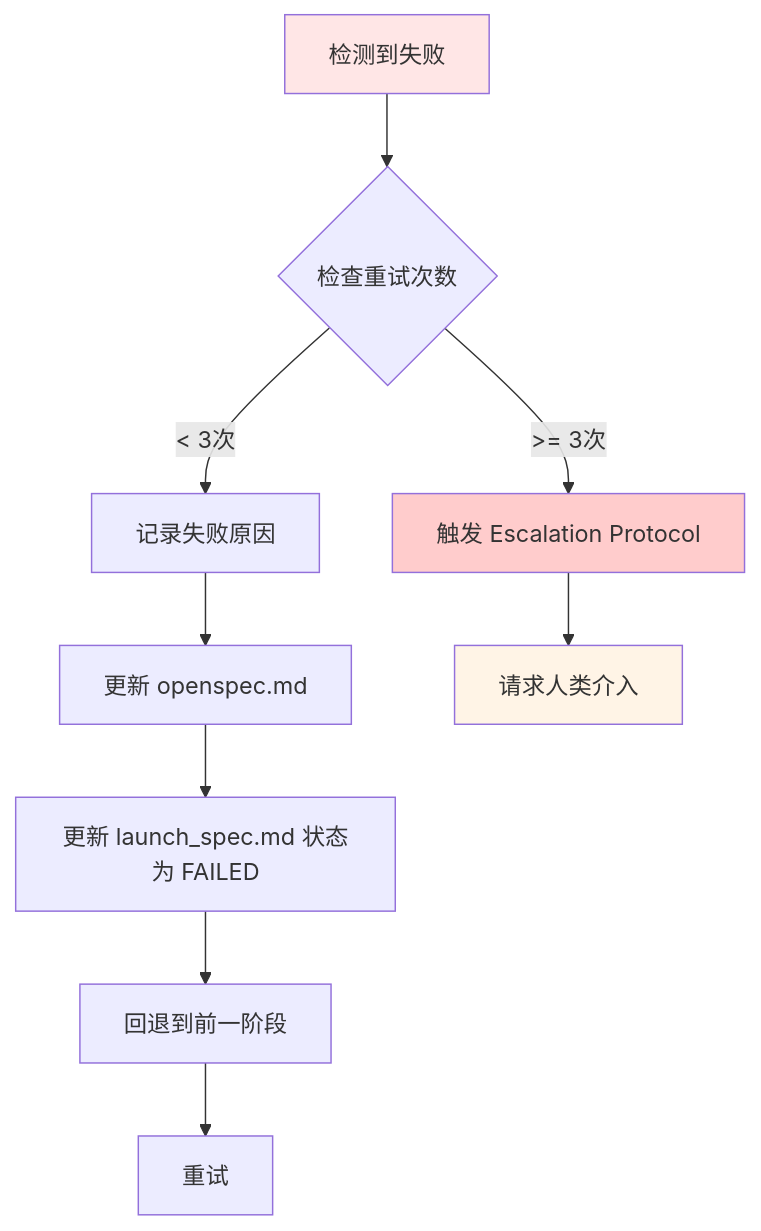
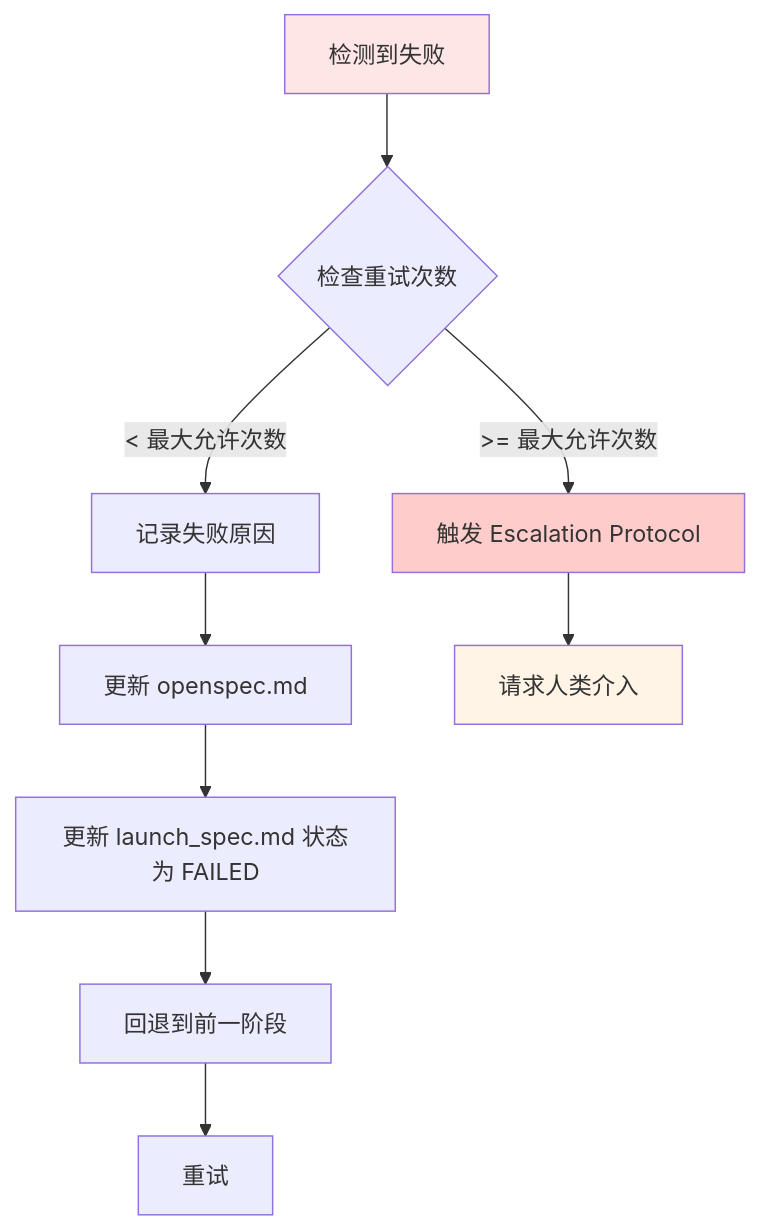
One commit to listener-He/java-harness-agent changed diagram 23 of 25 in ENGINEERING_MANUAL_zh.md. Above: the diagram before and after it, drawn with Mermaid. The commit also changed other lines of this file and 12 other files, not shown here.

````diff
--- a/ENGINEERING_MANUAL_zh.md
+++ b/ENGINEERING_MANUAL_zh.md
@@ -2630,17 +2645,17 @@
 ```mermaid
 flowchart TB
     Fail[检测到失败] --> CheckRetryCount{检查重试次数}
-    CheckRetryCount -->|< 3次| RecordFailure[记录失败原因]
-    CheckRetryCount -->|>= 3次| Escalate[触发 Escalation Protocol]
+    CheckRetryCount -->|< 最大允许次数| RecordFailure[记录失败原因]
+    CheckRetryCount -->|>= 最大允许次数| Escalate[触发 Escalation Protocol]
     
     RecordFailure --> UpdateSpec[更新 openspec.md]
     UpdateSpec --> UpdateLaunchSpec[更新 launch_spec.md 状态为 FAILED]
     UpdateLaunchSpec --> Rollback[回退到前一阶段]
     Rollback --> Retry[重试]
     
     Escalate --> RequestHelp[请求人类介入]
     
     style Fail fill:#ffe6e6
     style Escalate fill:#ffcccc
     style RequestHelp fill:#fff4e6
 ```
````
